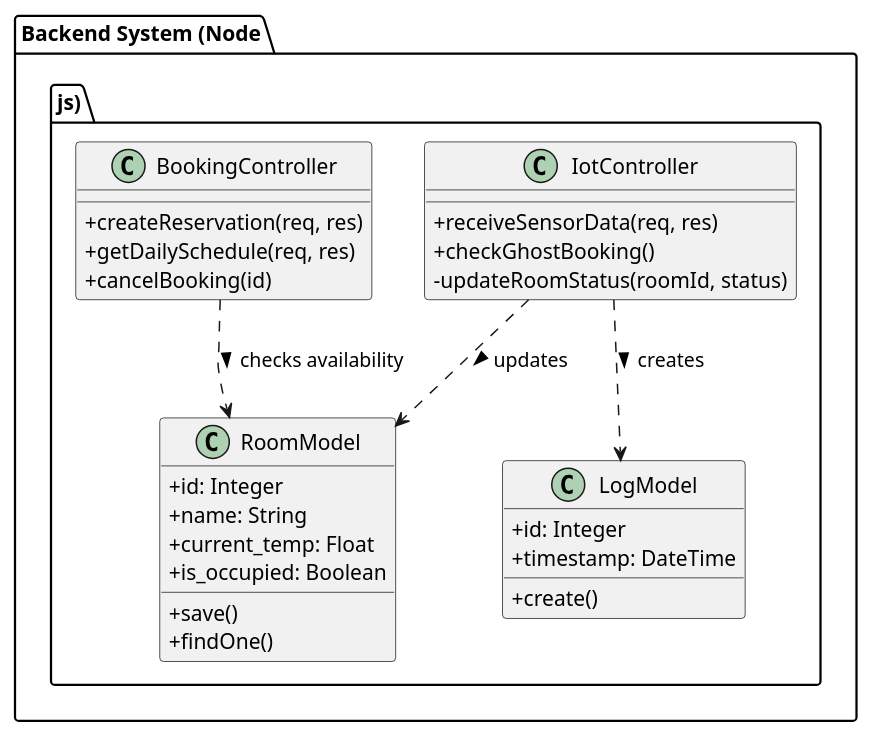
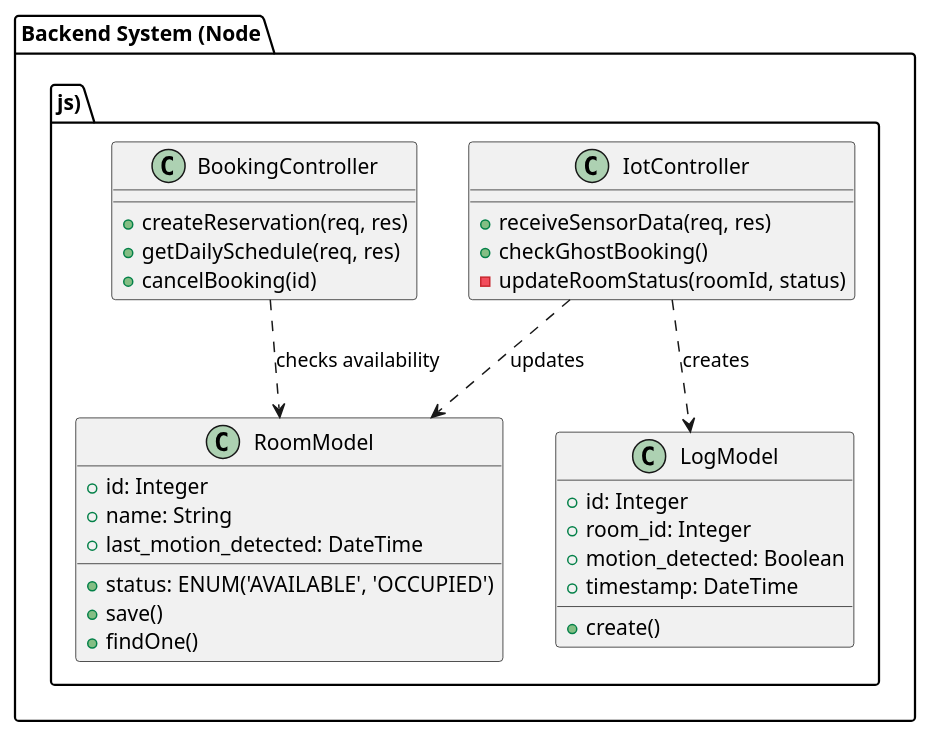
Before and after one commit to A-PPAW-TI503P-2025/PROJECT_KELOMPOK5_HUMAN-BODY: the diagram in ClassDiagram.puml, drawn with PlantUML. The commit also changed 4 other files, not shown here.

Commit message:
New PlantUML

```diff
--- a/ClassDiagram.puml
+++ b/ClassDiagram.puml
@@ -1,40 +1,37 @@
 @startuml
-skinparam classAttributeIconSize 0
-
 package "Backend System (Node.js)" {
-
+    
     class IotController {
-        + receiveSensorData(req, res)
-        + checkGhostBooking()
-        - updateRoomStatus(roomId, status)
+        +receiveSensorData(req, res)
+        +checkGhostBooking()
+        -updateRoomStatus(roomId, status)
     }
 
     class BookingController {
-        + createReservation(req, res)
-        + getDailySchedule(req, res)
-        + cancelBooking(id)
+        +createReservation(req, res)
+        +getDailySchedule(req, res)
+        +cancelBooking(id)
     }
 
     class RoomModel {
-        + id: Integer
-        + name: String
-        + current_temp: Float
-        + is_occupied: Boolean
-        + save()
-        + findOne()
+        +id: Integer
+        +name: String
+        +status: ENUM('AVAILABLE', 'OCCUPIED')
+        +last_motion_detected: DateTime
+        +save()
+        +findOne()
     }
 
     class LogModel {
-        + id: Integer
-        + timestamp: DateTime
-        + create()
+        +id: Integer
+        +room_id: Integer
+        +motion_detected: Boolean
+        +timestamp: DateTime
+        +create()
     }
 
+    IotController ..> RoomModel : updates
+    IotController ..> LogModel : creates
+    BookingController ..> RoomModel : checks availability
 }
-
-' Relasi
-IotController ..> RoomModel : updates >
-IotController ..> LogModel : creates >
-BookingController ..> RoomModel : checks availability >
-
 @enduml
```
